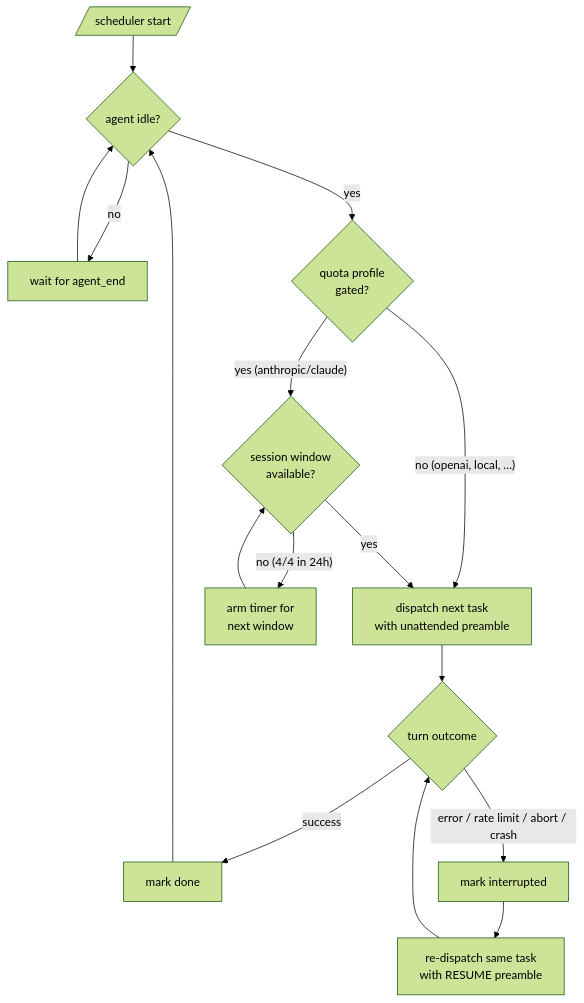
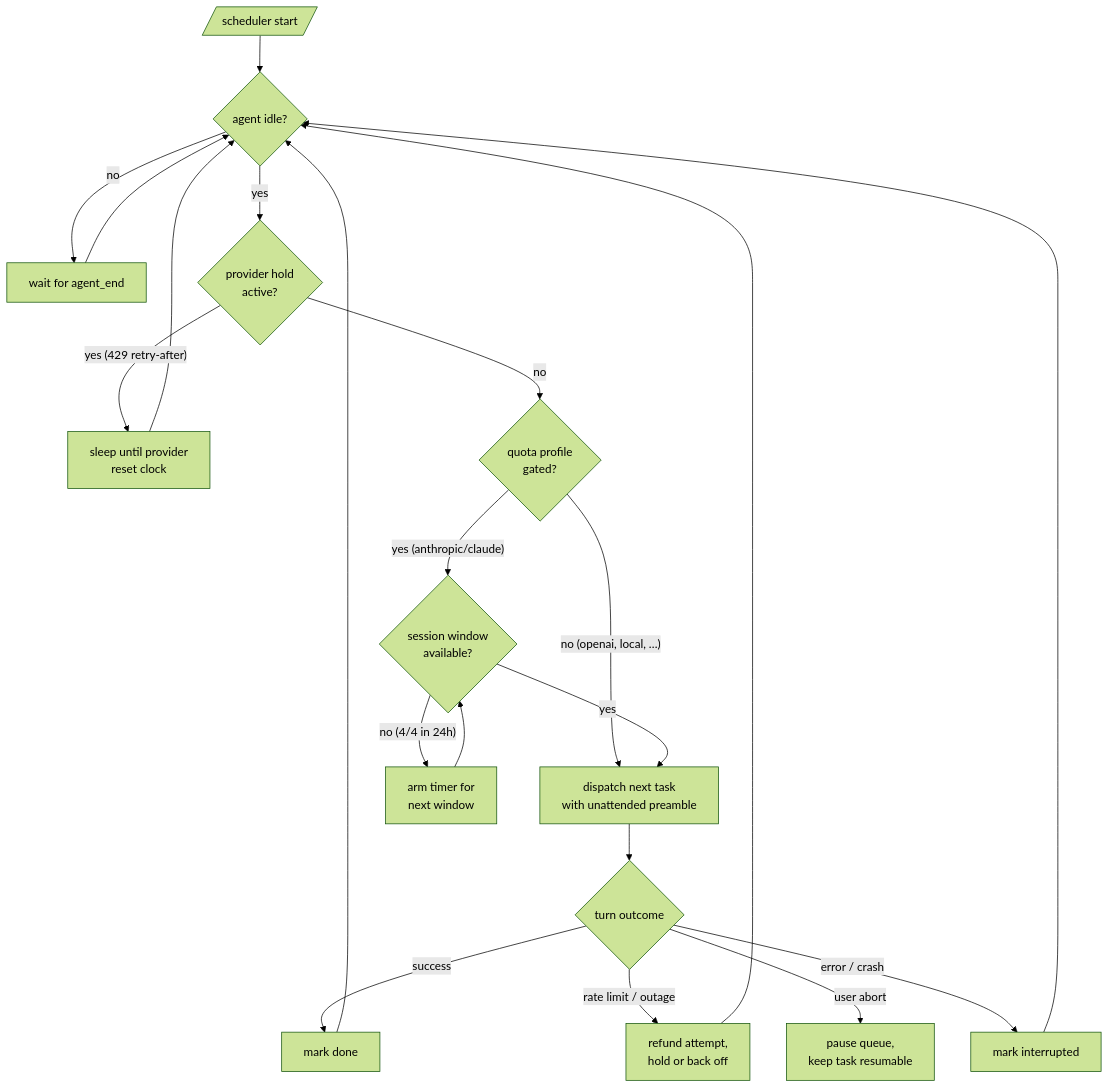
The diagram in packages/scheduler-extension/README.md (Sharp336/grimoire-agent-engine), drawn with Mermaid (forest theme) before and after one commit. The commit also changed other lines of this file and 1 other file, not shown here.

First line of the commit message:
docs(scheduler-extension): rewrite README for the packaged home; clearer retry miss message

````diff
--- a/packages/scheduler-extension/README.md
+++ b/packages/scheduler-extension/README.md
@@ -127,14 +111,17 @@
 ```mermaid
 flowchart TD
     A[/scheduler start/] --> B{agent idle?}
     B -- no --> W1[wait for agent_end] --> B
-    B -- yes --> P{quota profile\ngated?}
+    B -- yes --> H{provider hold\nactive?}
+    H -- "yes (429 retry-after)" --> T2[sleep until provider\nreset clock] --> B
+    H -- no --> P{quota profile\ngated?}
     P -- "no (openai, local, …)" --> D[dispatch next task\nwith unattended preamble]
     P -- "yes (anthropic/claude)" --> C{session window\navailable?}
     C -- "no (4/4 in 24h)" --> T[arm timer for\nnext window] --> C
     C -- yes --> D
     D --> E{turn outcome}
     E -- success --> F[mark done] --> B
-    E -- "error / rate limit / abort / crash" --> G[mark interrupted]
-    G --> H[re-dispatch same task\nwith RESUME preamble] --> E
+    E -- "rate limit / outage" --> R[refund attempt,\nhold or back off] --> B
+    E -- "user abort" --> U[pause queue,\nkeep task resumable]
+    E -- "error / crash" --> G[mark interrupted] --> B
 ```
````
